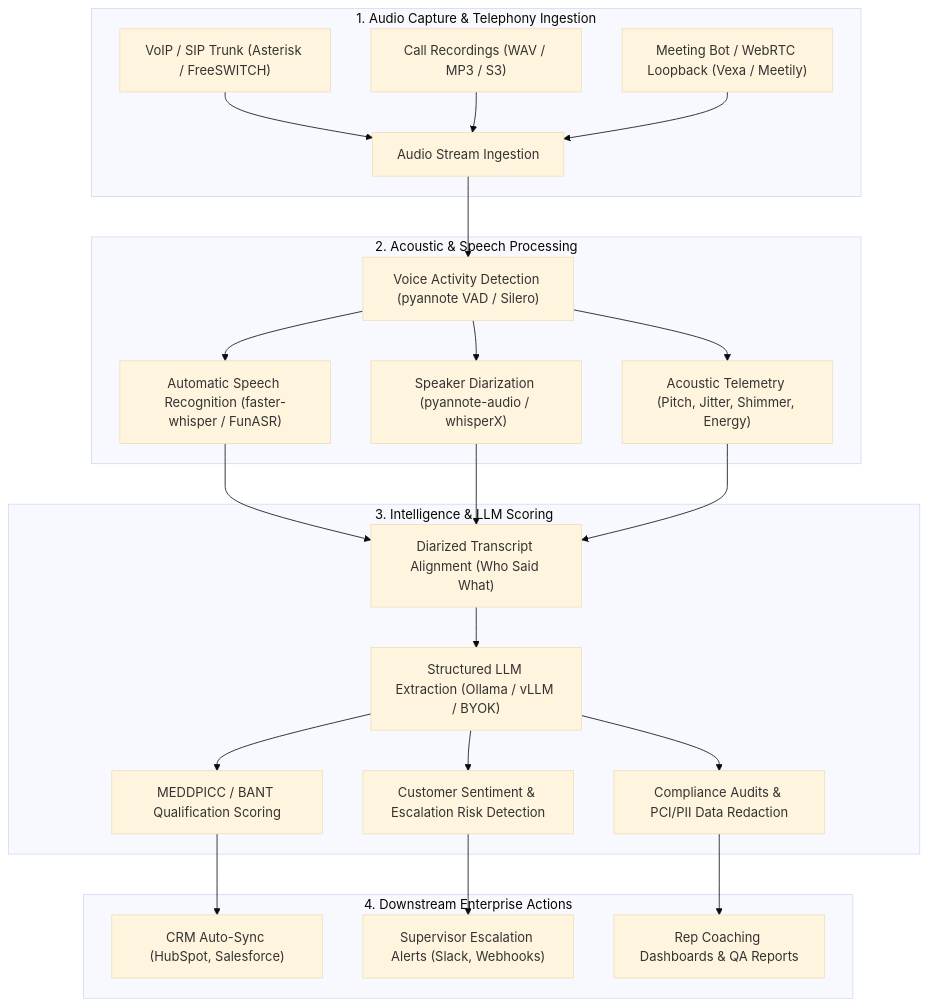
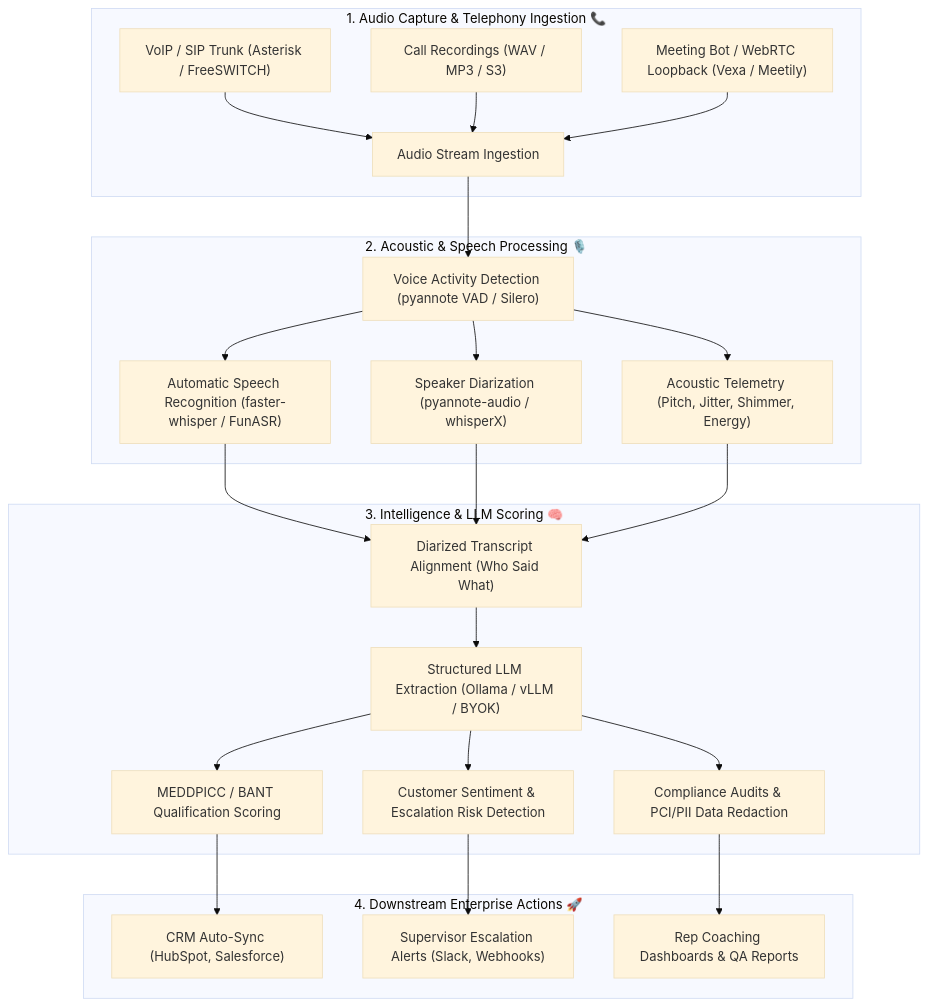
The diagram in README.md (ishandutta2007/Awesome-Speech-Conversation-Analytics), drawn with Mermaid (base theme) before and after one commit. The commit also changed other lines of this file, not shown here.

Commit message:
docs: add emojis, custom badges, star history chart, and support section

````diff
--- a/README.md
+++ b/README.md
@@ -174,29 +177,29 @@
 ```mermaid
 flowchart TD
-    subgraph AudioCapture ["1. Audio Capture & Telephony Ingestion"]
+    subgraph AudioCapture ["1. Audio Capture & Telephony Ingestion 📞"]
         A1["VoIP / SIP Trunk (Asterisk / FreeSWITCH)"] --> B1["Audio Stream Ingestion"]
         A2["Call Recordings (WAV / MP3 / S3)"] --> B1
         A3["Meeting Bot / WebRTC Loopback (Vexa / Meetily)"] --> B1
     end
 
-    subgraph SpeechLayer ["2. Acoustic & Speech Processing"]
+    subgraph SpeechLayer ["2. Acoustic & Speech Processing 🎙️"]
         B1 --> C1["Voice Activity Detection (pyannote VAD / Silero)"]
         C1 --> C2["Automatic Speech Recognition (faster-whisper / FunASR)"]
         C1 --> C3["Speaker Diarization (pyannote-audio / whisperX)"]
         C1 --> C4["Acoustic Telemetry (Pitch, Jitter, Shimmer, Energy)"]
     end
 
-    subgraph AnalyticsLayer ["3. Intelligence & LLM Scoring"]
+    subgraph AnalyticsLayer ["3. Intelligence & LLM Scoring 🧠"]
         C2 & C3 & C4 --> D1["Diarized Transcript Alignment (Who Said What)"]
         D1 --> E1["Structured LLM Extraction (Ollama / vLLM / BYOK)"]
         E1 --> E2["MEDDPICC / BANT Qualification Scoring"]
         E1 --> E3["Customer Sentiment & Escalation Risk Detection"]
         E1 --> E4["Compliance Audits & PCI/PII Data Redaction"]
     end
 
-    subgraph ActionLayer ["4. Downstream Enterprise Actions"]
+    subgraph ActionLayer ["4. Downstream Enterprise Actions 🚀"]
         E2 --> F1["CRM Auto-Sync (HubSpot, Salesforce)"]
         E3 --> F2["Supervisor Escalation Alerts (Slack, Webhooks)"]
         E4 --> F3["Rep Coaching Dashboards & QA Reports"]
     end
 ```
````
